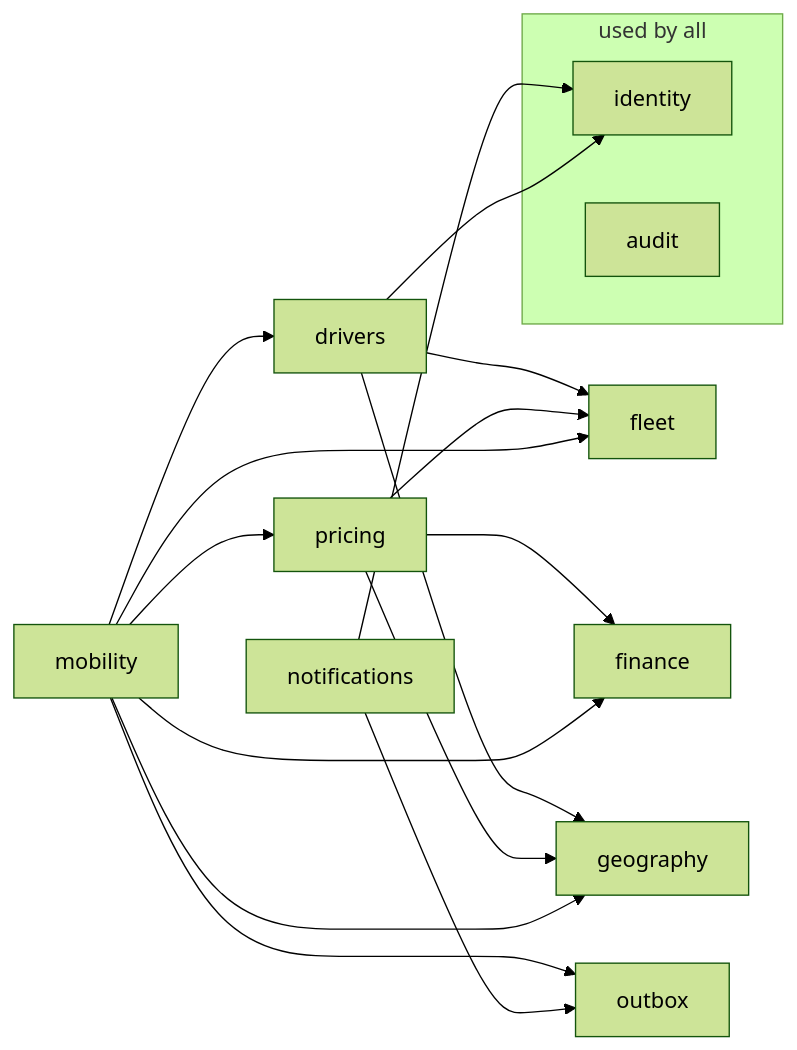
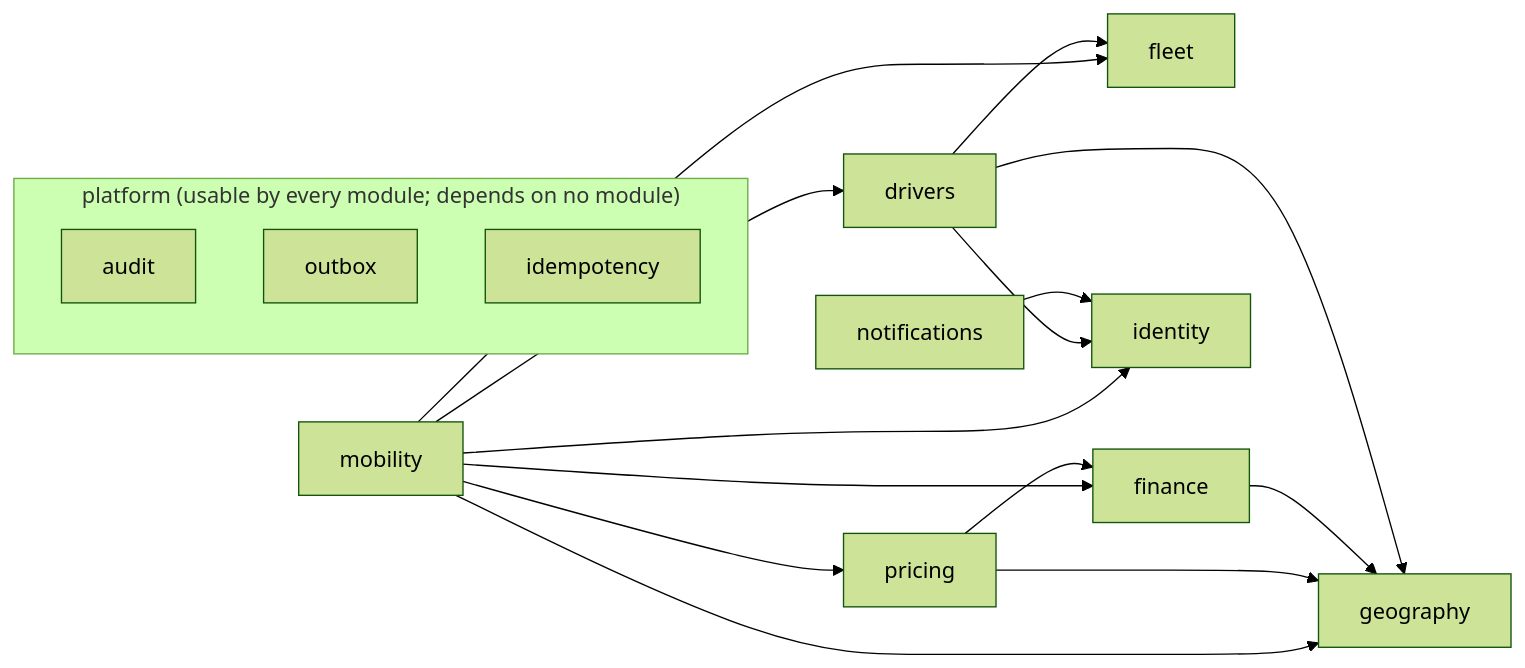
The second of 2 diagrams in docs/architecture/SYSTEM_ARCHITECTURE.md (altyebv/TakeTuk), drawn with Mermaid (forest theme) before and after one commit. The commit also changed other lines of this file and 14 other files, not shown here.

````diff
--- a/docs/architecture/SYSTEM_ARCHITECTURE.md
+++ b/docs/architecture/SYSTEM_ARCHITECTURE.md
@@ -96,12 +98,13 @@
 ```mermaid
 flowchart LR
-  mobility --> pricing & drivers & fleet & finance & geography
-  pricing --> geography & fleet & finance
+  mobility --> pricing & drivers & fleet & finance & geography & identity
+  pricing --> geography & finance
+  finance --> geography
   drivers --> fleet & geography & identity
-  notifications --> outbox & identity
-  mobility --> outbox
-  subgraph platform["used by all"]
-    identity
+  notifications --> identity
+  subgraph platform["platform (usable by every module; depends on no module)"]
     audit
+    outbox
+    idempotency
   end
 ```
````
